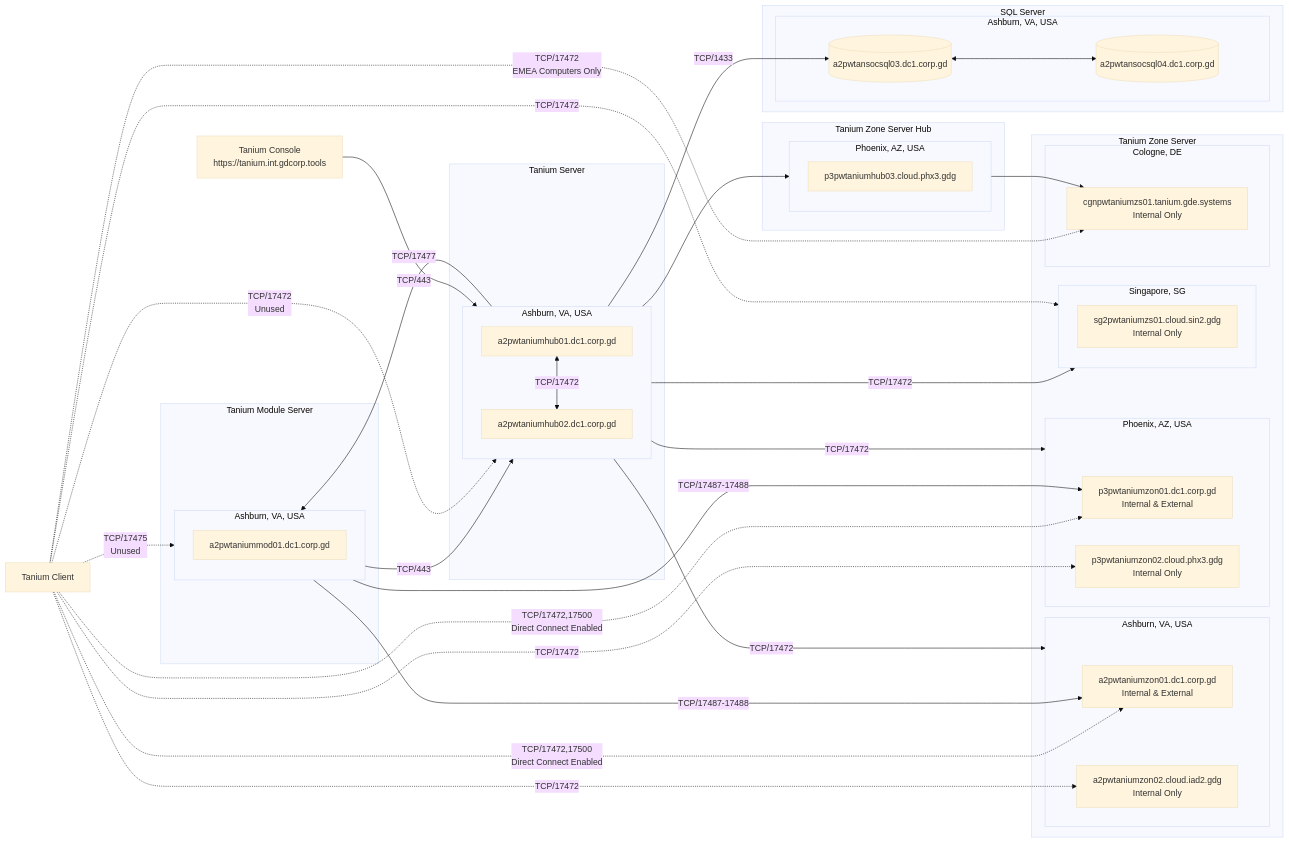
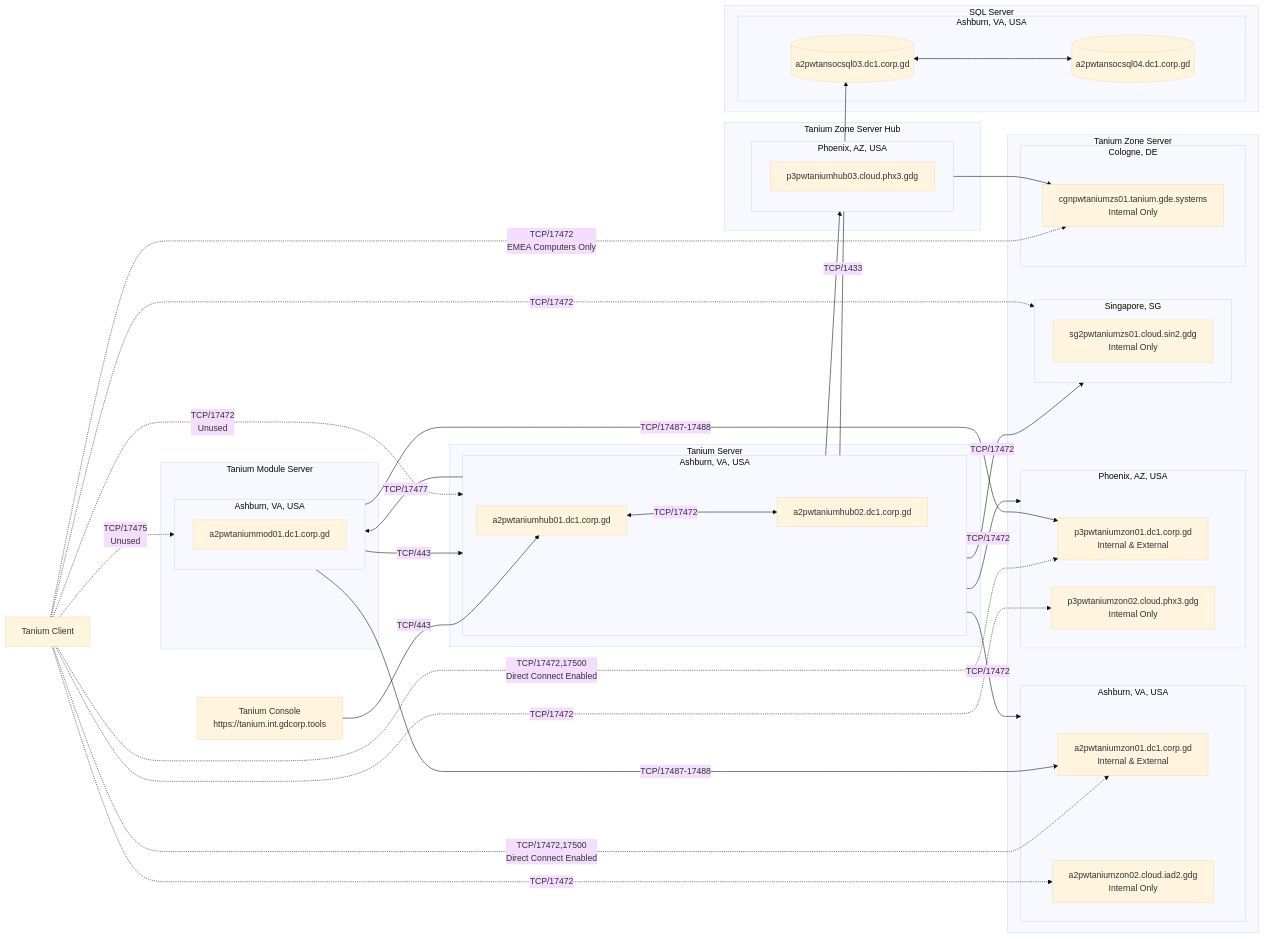
Before and after one commit to gdsec-test/tsa-tanium-config: the diagram in docs/diagrams/src/tanium-architecture-prod-us.mmd, drawn with Mermaid (base theme).

Commit message:
Update tanium-architecture-prod-us.mmd
tanium.int.gdcorp.tools --> TS01 ONLY,  not TS02

```diff
--- a/docs/diagrams/src/tanium-architecture-prod-us.mmd
+++ b/docs/diagrams/src/tanium-architecture-prod-us.mmd
@@ -1,82 +1,82 @@
 flowchart LR
     %% Define nodes and subgraphs
     subgraph TS["Tanium Server"]
         subgraph TS_A2["Ashburn, VA, USA"]
             TS_A2_1["a2pwtaniumhub01.dc1.corp.gd"]
             TS_A2_2["a2pwtaniumhub02.dc1.corp.gd"]
             TS_A2_1 <-->|"TCP/17472"| TS_A2_2
         end
     end
     subgraph MS["Tanium Module Server"]
         subgraph MS_A2["Ashburn, VA, USA"]
             MS_A2_1["a2pwtaniummod01.dc1.corp.gd"]
         end
     end
     subgraph ZS["Tanium Zone Server"]
         subgraph ZS_A2["Ashburn, VA, USA"]
             ZS_A2_1["a2pwtaniumzon01.dc1.corp.gd<br/>Internal & External"]
             ZS_A2_2["a2pwtaniumzon02.cloud.iad2.gdg<br/>Internal Only"]
         end
         subgraph ZS_P3["Phoenix, AZ, USA"]
             ZS_P3_1["p3pwtaniumzon01.dc1.corp.gd<br/>Internal & External"]
             ZS_P3_2["p3pwtaniumzon02.cloud.phx3.gdg<br/>Internal Only"]
         end
         subgraph ZS_SG2["Singapore, SG"]
             ZS_SG2_1["sg2pwtaniumzs01.cloud.sin2.gdg<br/>Internal Only"]
         end
         subgraph ZS_CGN["Cologne, DE"]
             ZS_CGN_1["cgnpwtaniumzs01.tanium.gde.systems<br/>Internal Only"]
         end
     end
     subgraph ZH["Tanium Zone Server Hub"]
         subgraph ZH_P3["Phoenix, AZ, USA"]
             ZH_P3_1["p3pwtaniumhub03.cloud.phx3.gdg"]
         end
     end
     subgraph SQL["SQL Server"]
         subgraph SQL_A2["Ashburn, VA, USA"]
             SQL_A2_3[("a2pwtansocsql03.dc1.corp.gd")]
             SQL_A2_4[("a2pwtansocsql04.dc1.corp.gd")]
             SQL_A2_3 <--> SQL_A2_4
         end
     end
     
     %% Define nodes not part of a subgraph
     %%Title("Tanium Production"):::StyleGoDaddyProd
     %%TaniumClientInt["Tanium Client"]
     TaniumClientExt["Tanium Client"]
     TaniumConsole["Tanium Console<br/>https://tanium.int.gdcorp.tools"]
     %%RDPBastion["RDP Bastion Host<br/>cgnpwbastion01.gde.systems"]
     %%RDPClient["RDP Client"]
 
     %% Define relationships
     TS_A2 -->|"TCP/17477"| MS_A2
     MS_A2 -->|"TCP/443"| TS_A2
     MS_A2 -->|"TCP/17487-17488"| ZS_A2_1
     MS_A2 -->|"TCP/17487-17488"| ZS_P3_1
     TS_A2 -->|"TCP/1433"| SQL_A2_3
     TS_A2 --> ZH_P3 --> ZS_CGN_1
     TS_A2 -->|"TCP/17472"| ZS_A2
     TS_A2 -->|"TCP/17472"| ZS_P3
     TS_A2 -->|"TCP/17472"| ZS_SG2
     TaniumClientExt .->|"TCP/17472<br/>Unused"| TS_A2
     TaniumClientExt .->|"TCP/17475<br/>Unused"| MS_A2
     TaniumClientExt .->|"TCP/17472<br/>EMEA Computers Only"| ZS_CGN_1
     TaniumClientExt .->|"TCP/17472,17500<br/>Direct Connect Enabled"| ZS_A2_1
     TaniumClientExt .->|"TCP/17472"| ZS_A2_2
     TaniumClientExt .->|"TCP/17472,17500<br/>Direct Connect Enabled"| ZS_P3_1
     TaniumClientExt .->|"TCP/17472"| ZS_P3_2
     TaniumClientExt .->|"TCP/17472"| ZS_SG2
-    TaniumConsole -->|"TCP/443"| TS_A2
+    TaniumConsole -->|"TCP/443"| TS_A2_1
     %%RDPClient -->|"TCP/UDP/3389"| RDPBastion -->|"TCP/UDP/3389"| ZS_CGN_1
 
     %% Add hyperlinks
     click TaniumConsole "https://tanium.int.gdcorp.tools" "Tanium Console (VPN Required)"
 
     %% Define styles
     classDef StyleGoDaddyProd fill:#E22726,color:#000000,stroke:#FFFFFF,stroke-width:1px;
     classDef StyleGoDaddyProdEMEA fill:#FED317,color:#2F1C4C,stroke:#FADCD9,stroke-width:1px;
     classDef StyleGoDaddyDev fill:#00782E,color:#D8EFEF,stroke:#FFEEA9,stroke-width:1px;
 
     %% Assign styles
     %%class Title StyleGoDaddyProd;
```
